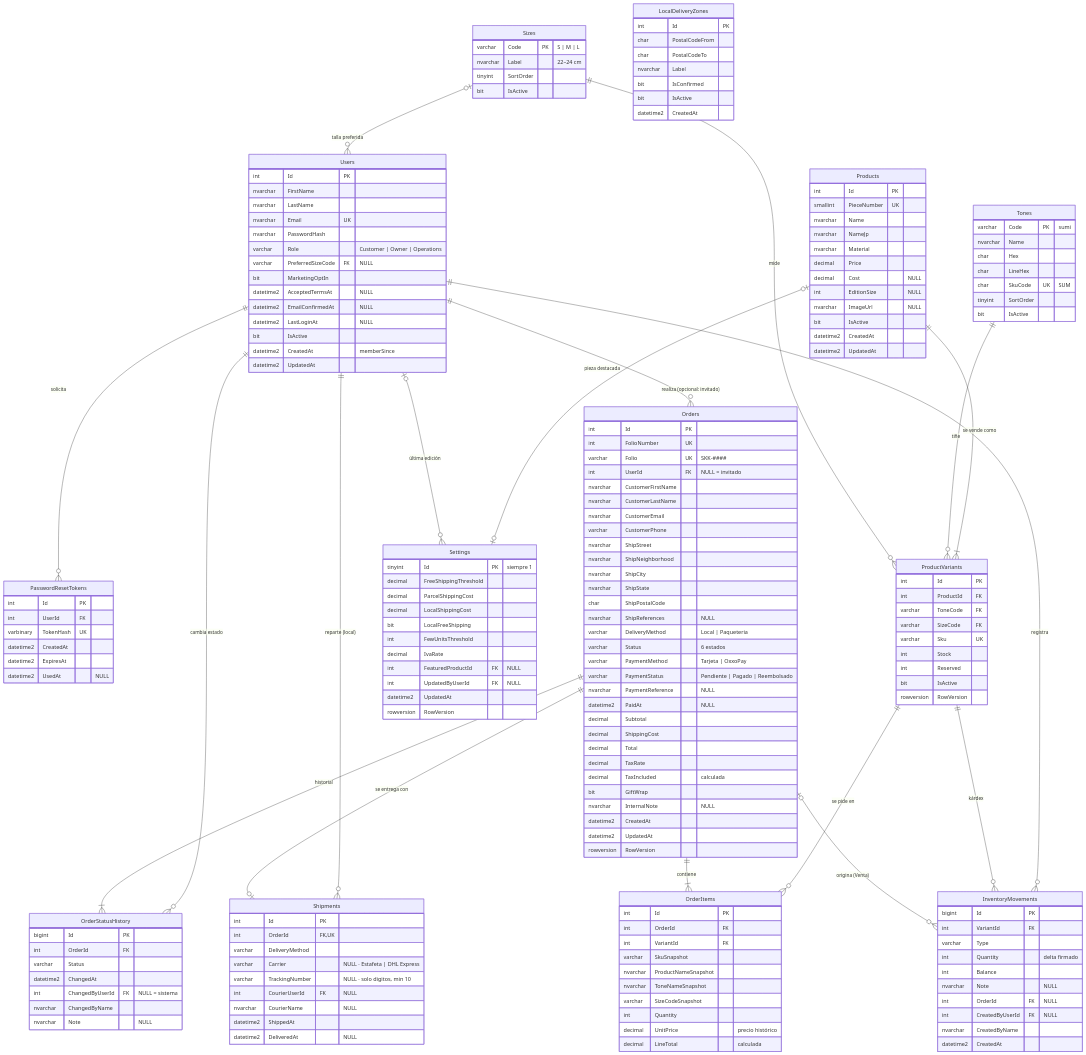
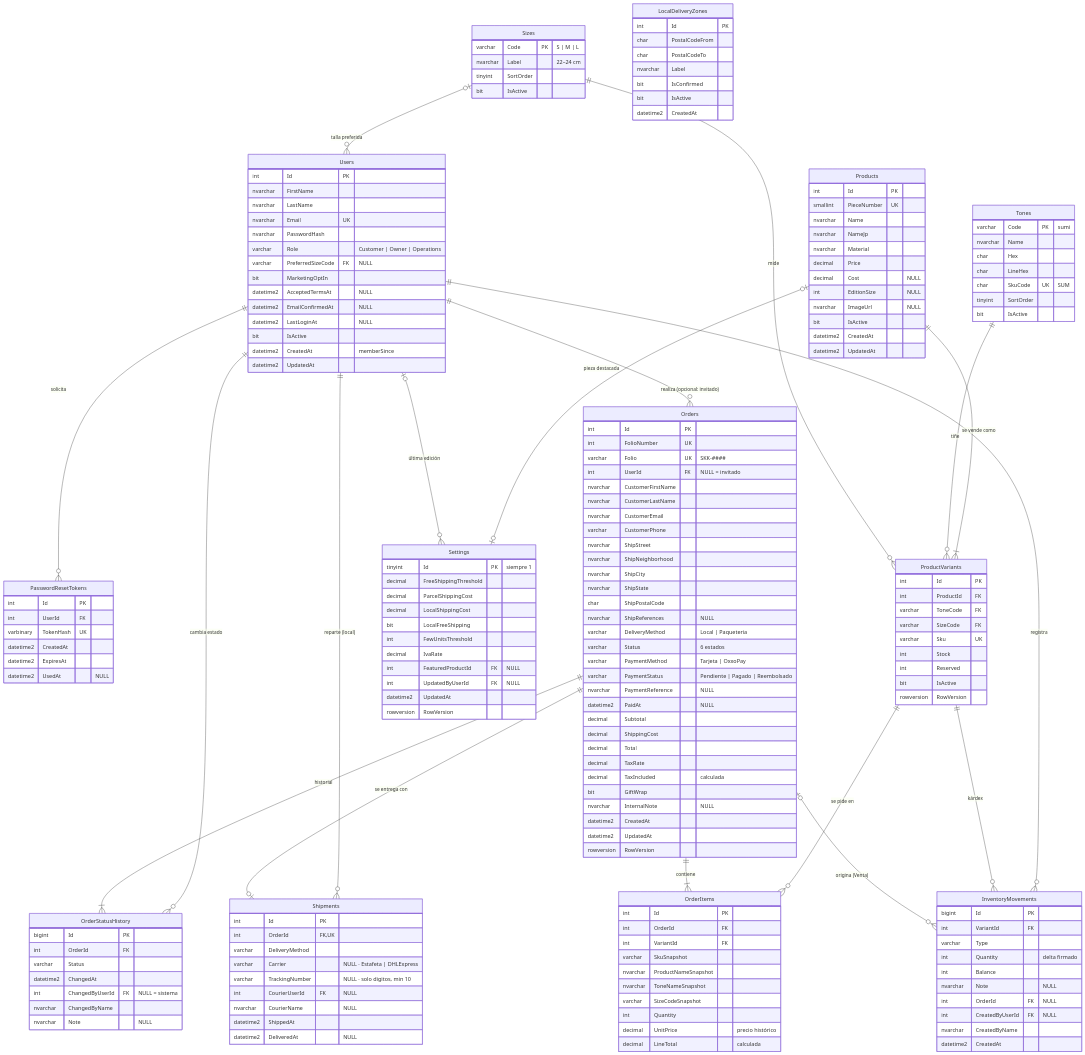
One commit to SaidSar/socks-ecommerce-hub changed the diagram in docs/design/DESIGN_DB.md. Above: the diagram before and after it, drawn with Mermaid. The commit also changed other lines of this file, not shown here.

```diff
--- a/docs/design/DESIGN_DB.md
+++ b/docs/design/DESIGN_DB.md
@@ -235,7 +274,7 @@
         int Id PK
         int OrderId FK,UK
         varchar DeliveryMethod
-        varchar Carrier "NULL · Estafeta | DHL Express"
+        varchar Carrier "NULL · Estafeta | DHLExpress"
         varchar TrackingNumber "NULL · solo digitos, min 10"
         int CourierUserId FK "NULL"
         nvarchar CourierName "NULL"
```
